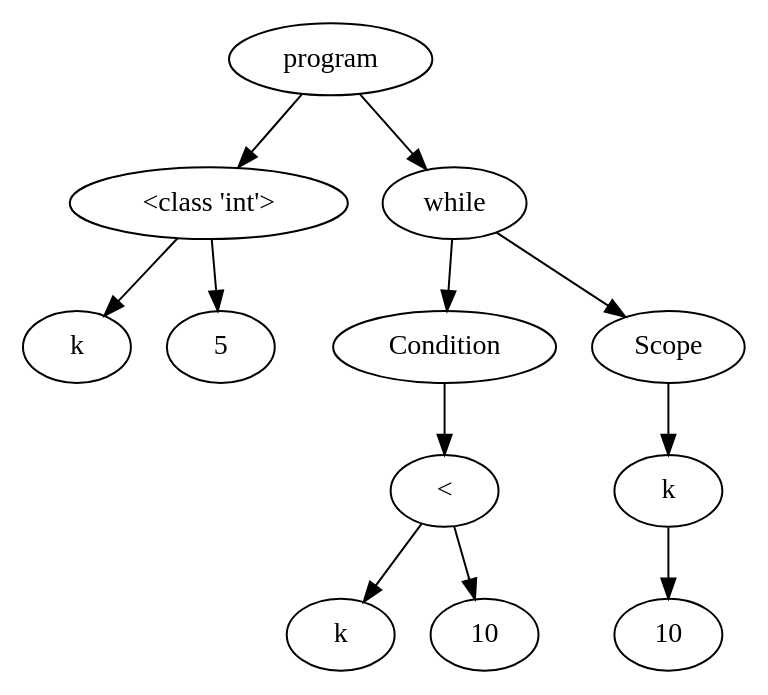
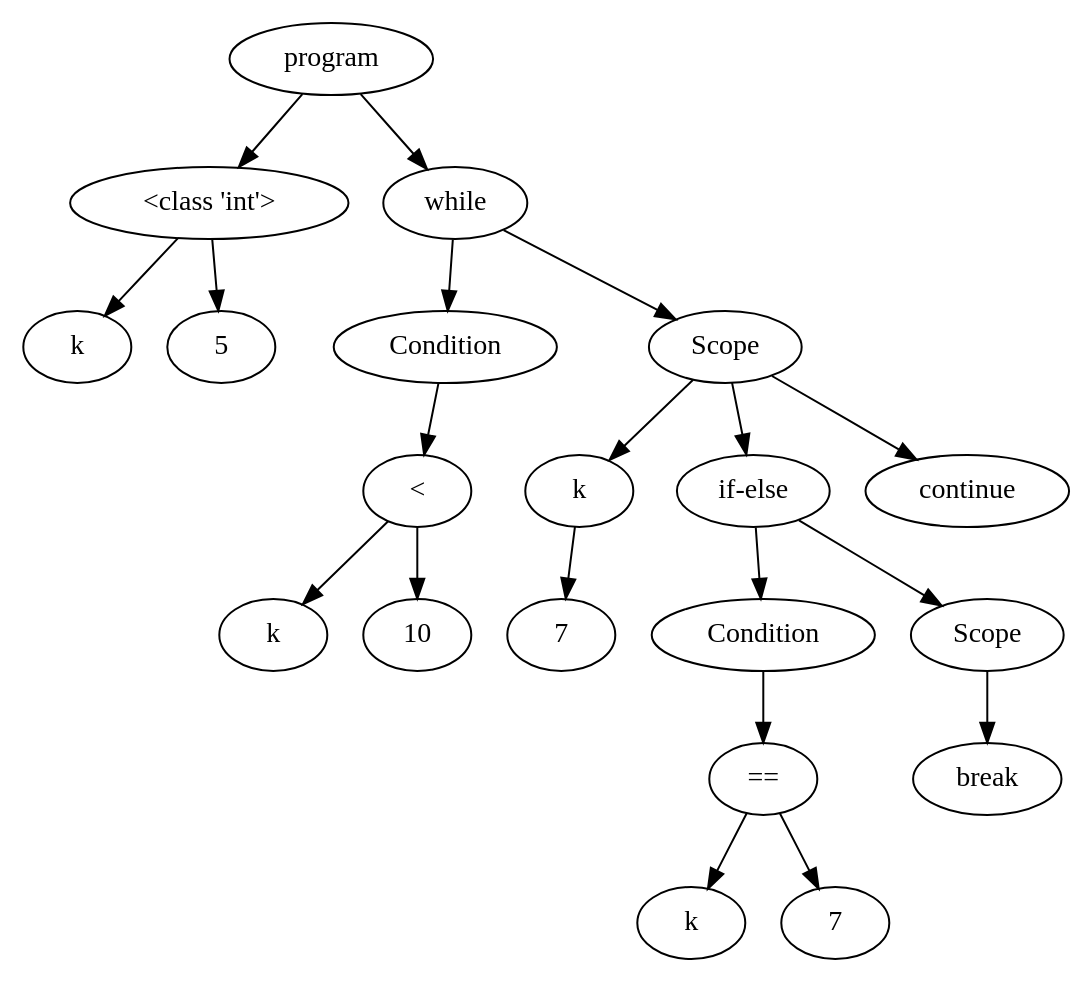
One commit to NielsVandenBroeck/COMP_Compiler changed the diagram in OutputFiles/dotVisualization.dot. Above: the diagram before and after it, drawn with Graphviz. The commit also changed 12 other files, not shown here.

Commit message:
oneTokenStatements (break, continue)

```diff
--- a/OutputFiles/dotVisualization.dot
+++ b/OutputFiles/dotVisualization.dot
@@ -1,31 +1,51 @@
 digraph G { 
-"<AST.AST object at 0x0000012192CD8520> (0)"[label="program"]
-"<AST.ASTDataType object at 0x0000012192CD8BB0> (1)"[label="<class 'int'>"]
-"<AST.AST object at 0x0000012192CD8520> (0)"->"<AST.ASTDataType object at 0x0000012192CD8BB0> (1)"
-"<AST.ASTDataType object at 0x0000012192CD8BB0> (1)"[label="<class 'int'>"]
-"<AST.ASTVariable object at 0x0000012192CD8340> (2)"[label="k"]
-"<AST.ASTDataType object at 0x0000012192CD8BB0> (1)"->"<AST.ASTVariable object at 0x0000012192CD8340> (2)"
-"<AST.AST object at 0x0000012192CD84C0> (2)"[label="5"]
-"<AST.ASTDataType object at 0x0000012192CD8BB0> (1)"->"<AST.AST object at 0x0000012192CD84C0> (2)"
-"<AST.ASTWhile object at 0x0000012192CD8CA0> (1)"[label="while"]
-"<AST.AST object at 0x0000012192CD8520> (0)"->"<AST.ASTWhile object at 0x0000012192CD8CA0> (1)"
-"<AST.ASTWhile object at 0x0000012192CD8CA0> (1)"[label="while"]
-"<AST.ASTCondition object at 0x0000012192CD8940> (2)"[label="Condition"]
-"<AST.ASTWhile object at 0x0000012192CD8CA0> (1)"->"<AST.ASTCondition object at 0x0000012192CD8940> (2)"
-"<AST.ASTCondition object at 0x0000012192CD8940> (2)"[label="Condition"]
-"<AST.ASTOperator object at 0x0000012192CD8790> (3)"[label="<"]
-"<AST.ASTCondition object at 0x0000012192CD8940> (2)"->"<AST.ASTOperator object at 0x0000012192CD8790> (3)"
-"<AST.ASTOperator object at 0x0000012192CD8790> (3)"[label="<"]
-"<AST.ASTVariable object at 0x0000012192CD87C0> (4)"[label="k"]
-"<AST.ASTOperator object at 0x0000012192CD8790> (3)"->"<AST.ASTVariable object at 0x0000012192CD87C0> (4)"
-"<AST.AST object at 0x0000012192CD8DF0> (4)"[label="10"]
-"<AST.ASTOperator object at 0x0000012192CD8790> (3)"->"<AST.AST object at 0x0000012192CD8DF0> (4)"
-"<AST.ASTScope object at 0x0000012192CD8A00> (2)"[label="Scope"]
-"<AST.ASTWhile object at 0x0000012192CD8CA0> (1)"->"<AST.ASTScope object at 0x0000012192CD8A00> (2)"
-"<AST.ASTScope object at 0x0000012192CD8A00> (2)"[label="Scope"]
-"<AST.ASTVariable object at 0x0000012192CD88B0> (3)"[label="k"]
-"<AST.ASTScope object at 0x0000012192CD8A00> (2)"->"<AST.ASTVariable object at 0x0000012192CD88B0> (3)"
-"<AST.ASTVariable object at 0x0000012192CD88B0> (3)"[label="k"]
-"<AST.AST object at 0x0000012192CD8400> (4)"[label="10"]
-"<AST.ASTVariable object at 0x0000012192CD88B0> (3)"->"<AST.AST object at 0x0000012192CD8400> (4)"
+"<AST.AST object at 0x0000025498C12F10> (0)"[label="program"]
+"<AST.ASTDataType object at 0x0000025498C12E50> (1)"[label="<class 'int'>"]
+"<AST.AST object at 0x0000025498C12F10> (0)"->"<AST.ASTDataType object at 0x0000025498C12E50> (1)"
+"<AST.ASTDataType object at 0x0000025498C12E50> (1)"[label="<class 'int'>"]
+"<AST.ASTVariable object at 0x0000025498C12E20> (2)"[label="k"]
+"<AST.ASTDataType object at 0x0000025498C12E50> (1)"->"<AST.ASTVariable object at 0x0000025498C12E20> (2)"
+"<AST.AST object at 0x0000025498C12C40> (2)"[label="5"]
+"<AST.ASTDataType object at 0x0000025498C12E50> (1)"->"<AST.AST object at 0x0000025498C12C40> (2)"
+"<AST.ASTWhile object at 0x0000025498C12B20> (1)"[label="while"]
+"<AST.AST object at 0x0000025498C12F10> (0)"->"<AST.ASTWhile object at 0x0000025498C12B20> (1)"
+"<AST.ASTWhile object at 0x0000025498C12B20> (1)"[label="while"]
+"<AST.ASTCondition object at 0x0000025498C12BE0> (2)"[label="Condition"]
+"<AST.ASTWhile object at 0x0000025498C12B20> (1)"->"<AST.ASTCondition object at 0x0000025498C12BE0> (2)"
+"<AST.ASTCondition object at 0x0000025498C12BE0> (2)"[label="Condition"]
+"<AST.ASTOperator object at 0x0000025498C12A30> (3)"[label="<"]
+"<AST.ASTCondition object at 0x0000025498C12BE0> (2)"->"<AST.ASTOperator object at 0x0000025498C12A30> (3)"
+"<AST.ASTOperator object at 0x0000025498C12A30> (3)"[label="<"]
+"<AST.ASTVariable object at 0x0000025498C12A90> (4)"[label="k"]
+"<AST.ASTOperator object at 0x0000025498C12A30> (3)"->"<AST.ASTVariable object at 0x0000025498C12A90> (4)"
+"<AST.AST object at 0x0000025498C12AC0> (4)"[label="10"]
+"<AST.ASTOperator object at 0x0000025498C12A30> (3)"->"<AST.AST object at 0x0000025498C12AC0> (4)"
+"<AST.ASTScope object at 0x0000025498C12A60> (2)"[label="Scope"]
+"<AST.ASTWhile object at 0x0000025498C12B20> (1)"->"<AST.ASTScope object at 0x0000025498C12A60> (2)"
+"<AST.ASTScope object at 0x0000025498C12A60> (2)"[label="Scope"]
+"<AST.ASTVariable object at 0x0000025498C12C10> (3)"[label="k"]
+"<AST.ASTScope object at 0x0000025498C12A60> (2)"->"<AST.ASTVariable object at 0x0000025498C12C10> (3)"
+"<AST.ASTVariable object at 0x0000025498C12C10> (3)"[label="k"]
+"<AST.AST object at 0x0000025498C127F0> (4)"[label="7"]
+"<AST.ASTVariable object at 0x0000025498C12C10> (3)"->"<AST.AST object at 0x0000025498C127F0> (4)"
+"<AST.AST object at 0x0000025498C12760> (3)"[label="if-else"]
+"<AST.ASTScope object at 0x0000025498C12A60> (2)"->"<AST.AST object at 0x0000025498C12760> (3)"
+"<AST.AST object at 0x0000025498C12760> (3)"[label="if-else"]
+"<AST.AST object at 0x0000025498C126D0> (4)"[label="Condition"]
+"<AST.AST object at 0x0000025498C12760> (3)"->"<AST.AST object at 0x0000025498C126D0> (4)"
+"<AST.AST object at 0x0000025498C126D0> (4)"[label="Condition"]
+"<AST.ASTOperator object at 0x0000025498C12820> (5)"[label="=="]
+"<AST.AST object at 0x0000025498C126D0> (4)"->"<AST.ASTOperator object at 0x0000025498C12820> (5)"
+"<AST.ASTOperator object at 0x0000025498C12820> (5)"[label="=="]
+"<AST.ASTVariable object at 0x0000025498C12670> (6)"[label="k"]
+"<AST.ASTOperator object at 0x0000025498C12820> (5)"->"<AST.ASTVariable object at 0x0000025498C12670> (6)"
+"<AST.AST object at 0x0000025498C12700> (6)"[label="7"]
+"<AST.ASTOperator object at 0x0000025498C12820> (5)"->"<AST.AST object at 0x0000025498C12700> (6)"
+"<AST.ASTScope object at 0x0000025498C129D0> (4)"[label="Scope"]
+"<AST.AST object at 0x0000025498C12760> (3)"->"<AST.ASTScope object at 0x0000025498C129D0> (4)"
+"<AST.ASTScope object at 0x0000025498C129D0> (4)"[label="Scope"]
+"<AST.ASTOneTokenStatement object at 0x0000025498C122B0> (5)"[label="break"]
+"<AST.ASTScope object at 0x0000025498C129D0> (4)"->"<AST.ASTOneTokenStatement object at 0x0000025498C122B0> (5)"
+"<AST.ASTOneTokenStatement object at 0x0000025498C124F0> (3)"[label="continue"]
+"<AST.ASTScope object at 0x0000025498C12A60> (2)"->"<AST.ASTOneTokenStatement object at 0x0000025498C124F0> (3)"
 }
```
